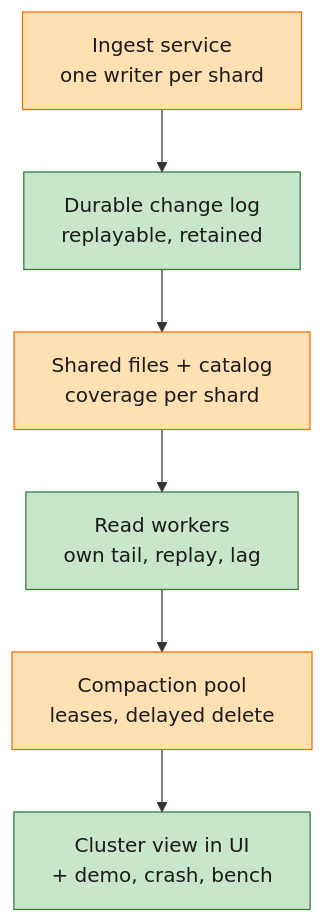
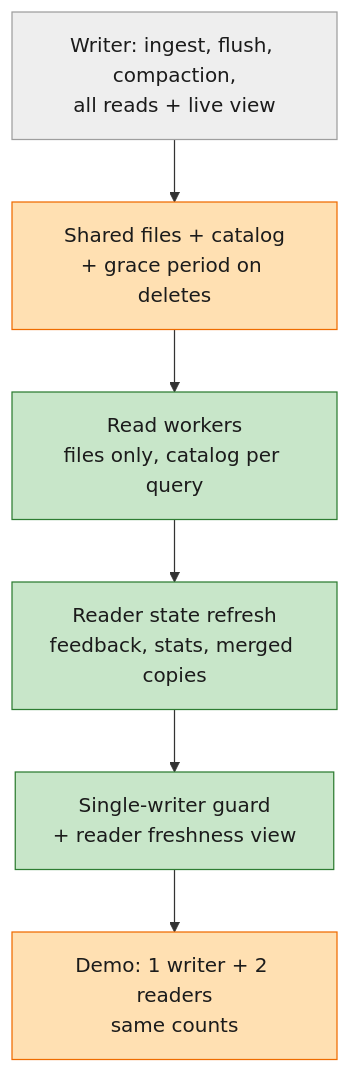
The diagram in specs/005-m5-disaggregated-trace-db/spec.md (liukai/smithling), drawn with Mermaid before and after one commit. The commit also changed other lines of this file and 11 other files, not shown here.

First line of the commit message:
docs(m5): spec and plan for step 1, read workers over shared storage

````diff
--- a/specs/005-m5-disaggregated-trace-db/spec.md
+++ b/specs/005-m5-disaggregated-trace-db/spec.md
@@ -58,13 +125,13 @@
 ```mermaid
 flowchart TB
-    A["Ingest service<br/>one writer per shard"]:::revised
-    B["Durable change log<br/>replayable, retained"]:::new
-    C["Shared files + catalog<br/>coverage per shard"]:::revised
-    D["Read workers<br/>own tail, replay, lag"]:::new
-    E["Compaction pool<br/>leases, delayed delete"]:::revised
-    F["Cluster view in UI<br/>+ demo, crash, bench"]:::new
+    A["Writer: ingest, flush, compaction,<br/>all reads + live view"]:::old
+    B["Shared files + catalog<br/>+ grace period on deletes"]:::revised
+    C["Read workers<br/>files only, catalog per query"]:::new
+    D["Reader state refresh<br/>feedback, stats, merged copies"]:::new
+    E["Single-writer guard<br/>+ reader freshness view"]:::new
+    F["Demo: 1 writer + 2 readers<br/>same counts"]:::revised
     A --> B --> C --> D --> E --> F
     classDef new fill:#c8e6c9,stroke:#2e7d32,color:#1b1b1b
     classDef revised fill:#ffe0b2,stroke:#ef6c00,color:#1b1b1b
     classDef old fill:#eeeeee,stroke:#9e9e9e,color:#1b1b1b
 ```
````
